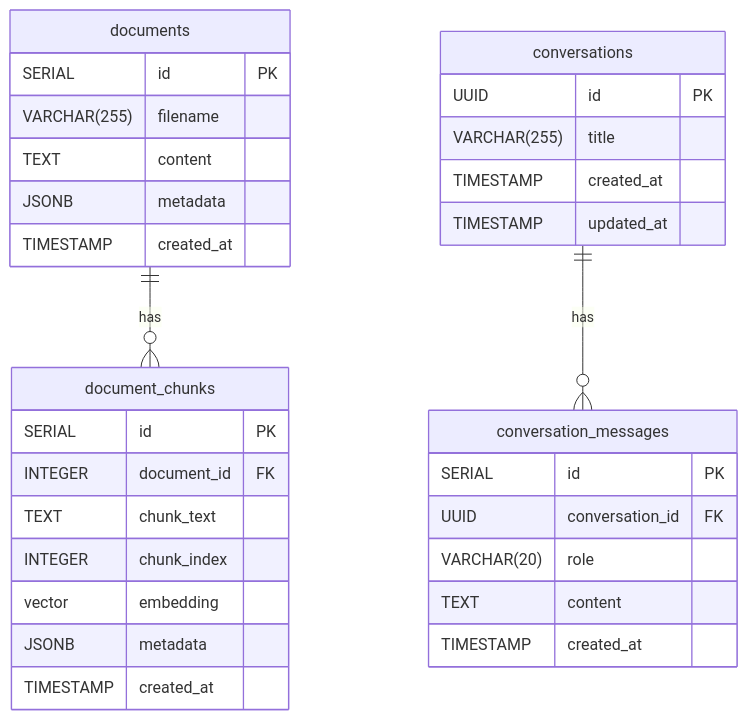
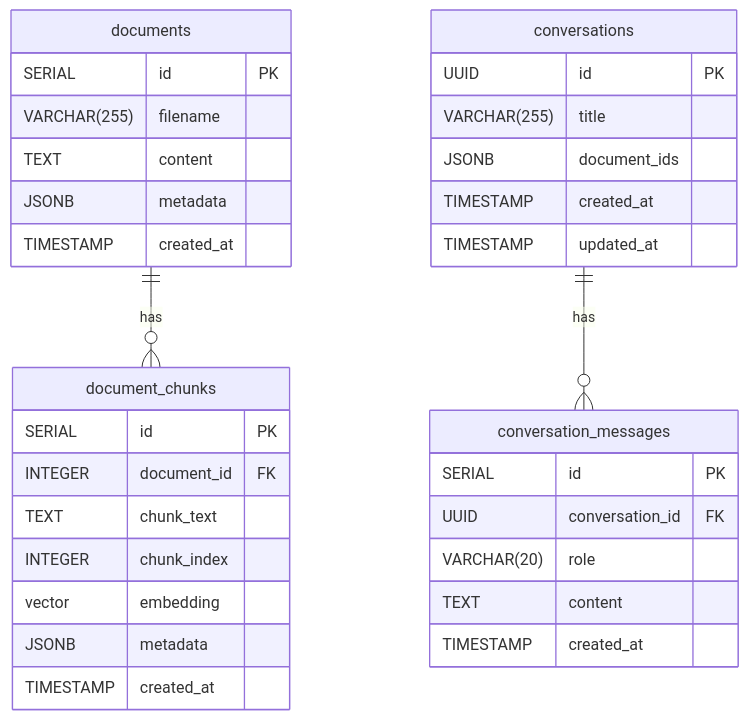
One commit to jwvanderstam/LocalChat changed the diagram in docs/SCHEMA.md. Above: the diagram before and after it, drawn with Mermaid. The commit also changed other lines of this file and 6 other files, not shown here.

````diff
--- a/docs/SCHEMA.md
+++ b/docs/SCHEMA.md
@@ -9,35 +9,36 @@
 ```mermaid
 erDiagram
     documents {
         SERIAL      id          PK
         VARCHAR(255) filename
         TEXT        content
         JSONB       metadata
         TIMESTAMP   created_at
     }
     document_chunks {
         SERIAL   id           PK
         INTEGER  document_id  FK
         TEXT     chunk_text
         INTEGER  chunk_index
         vector   embedding
         JSONB    metadata
         TIMESTAMP created_at
     }
     conversations {
         UUID      id         PK
         VARCHAR(255) title
+        JSONB     document_ids
         TIMESTAMP created_at
         TIMESTAMP updated_at
     }
     conversation_messages {
         SERIAL   id              PK
         UUID     conversation_id FK
         VARCHAR(20) role
         TEXT     content
         TIMESTAMP created_at
     }
 
     documents        ||--o{ document_chunks       : "has"
     conversations    ||--o{ conversation_messages : "has"
 ```
````
